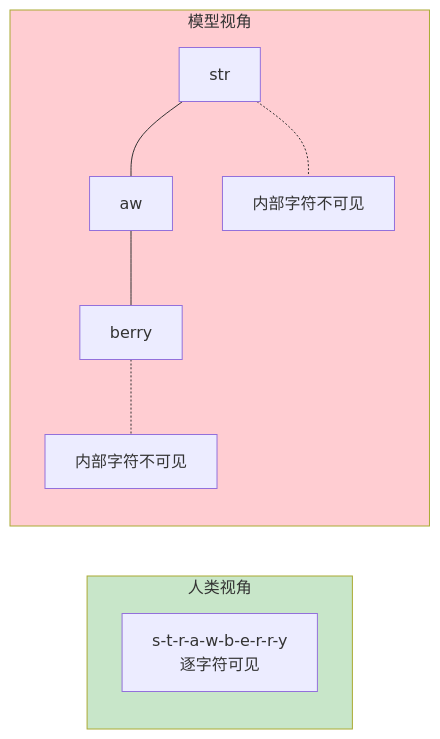
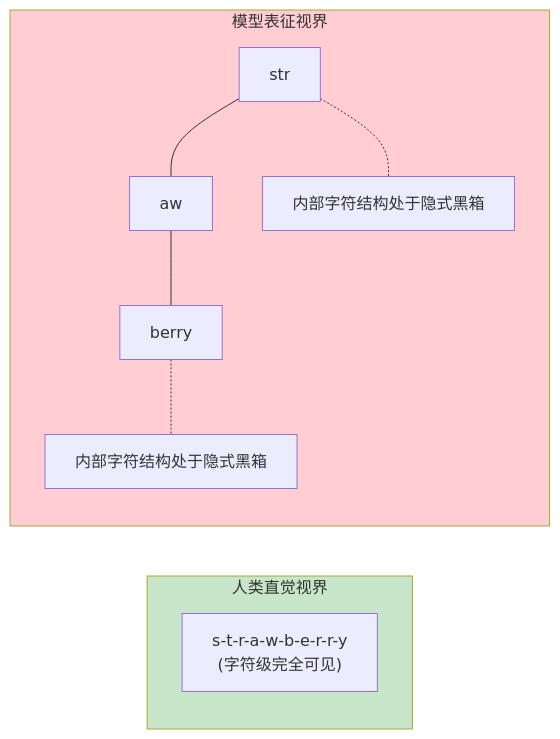
One commit to yingwang/thinking-in-llm changed the first of 9 diagrams in chapters/06-limitations.md. Above: the diagram before and after it, drawn with Mermaid. The commit also changed other lines of this file and 31 other files, not shown here.

````diff
--- a/chapters/06-limitations.md
+++ b/chapters/06-limitations.md
@@ -58,14 +57,14 @@
 ```mermaid
 flowchart LR
-    subgraph 人类视角["人类视角"]
-        H["s-t-r-a-w-b-e-r-r-y<br>逐字符可见"]
+    subgraph 人类感知["人类直觉视界"]
+        H["s-t-r-a-w-b-e-r-r-y<br>(字符级完全可见)"]
     end
-    subgraph 模型视角["模型视角"]
+    subgraph 模型计算["模型表征视界"]
         M1["str"] --- M2["aw"] --- M3["berry"]
-        M1 -.- N1["内部字符不可见"]
-        M3 -.- N2["内部字符不可见"]
+        M1 -.- N1["内部字符结构处于隐式黑箱"]
+        M3 -.- N2["内部字符结构处于隐式黑箱"]
     end
     
-    style 人类视角 fill:#c8e6c9
-    style 模型视角 fill:#ffcdd2
+    style 人类感知 fill:#c8e6c9
+    style 模型计算 fill:#ffcdd2
 ```
````
